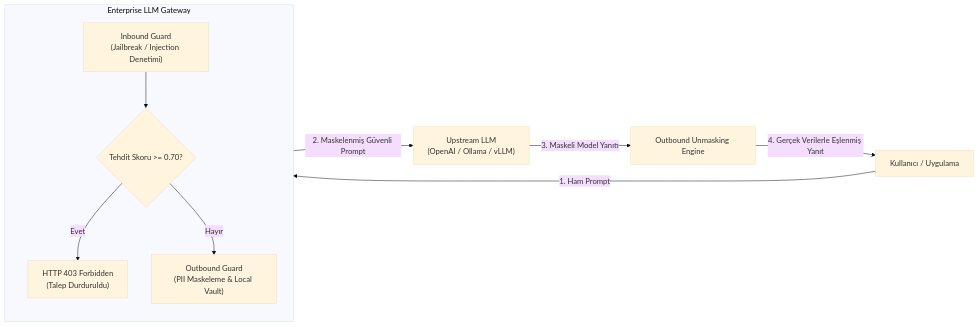
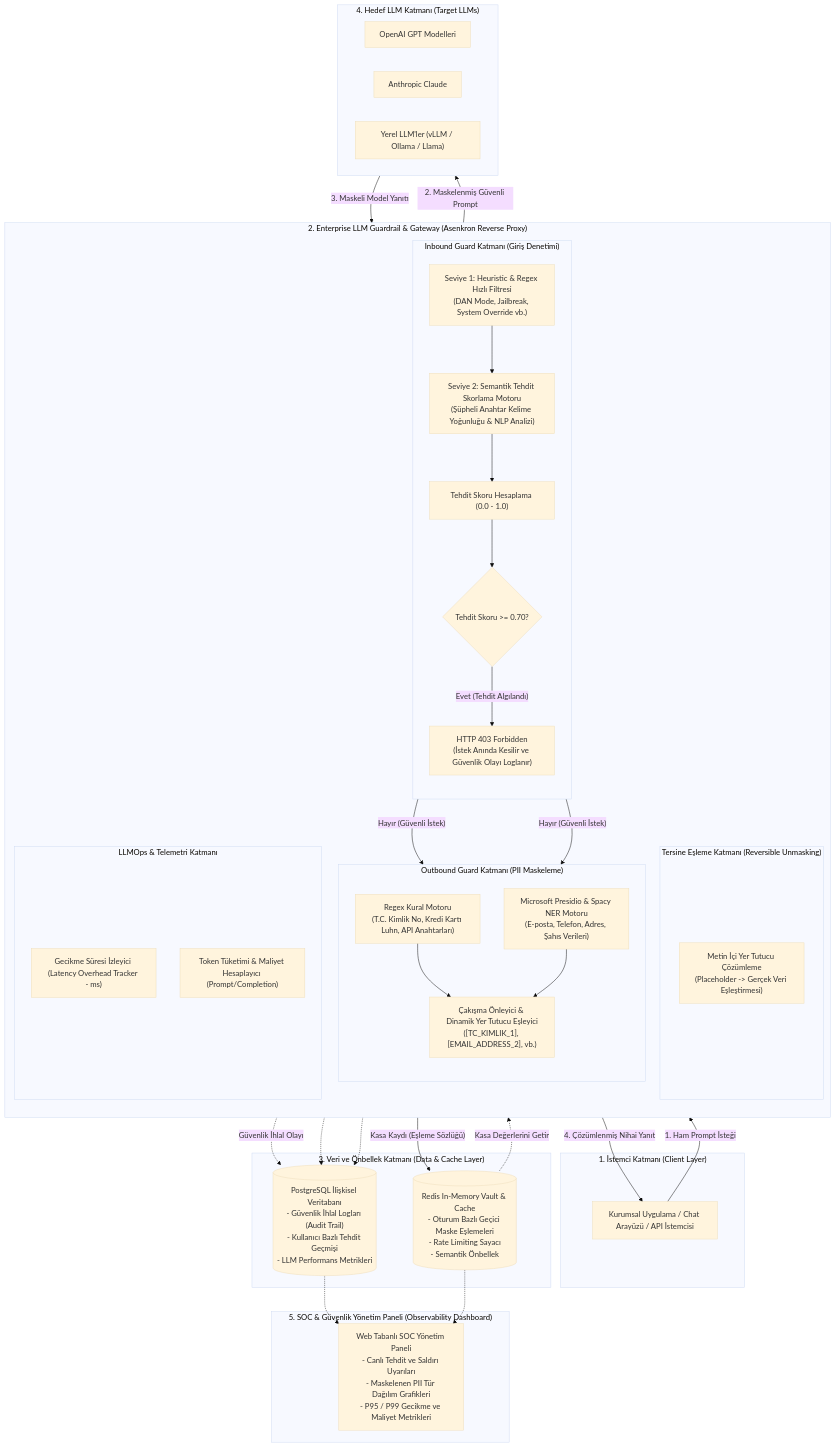
One commit to mehmeteminyilmaz/llm-firewall-gateway changed the diagram in README.md. Above: the diagram before and after it, drawn with Mermaid (base theme). The commit also changed other lines of this file, not shown here.

Commit message:
docs: expand system architecture diagram and component details

````diff
--- a/README.md
+++ b/README.md
@@ -30,20 +32,86 @@
 ```mermaid
-flowchart LR
-    Client["Kullanıcı / Uygulama"] -->|1. Ham Prompt| Gateway["Guardrail Proxy"]
-    
-    subgraph Gateway ["Enterprise LLM Gateway"]
+flowchart TB
+    %% İstemci Katmanı
+    subgraph ClientLayer ["1. İstemci Katmanı (Client Layer)"]
+        ClientApp["Kurumsal Uygulama / Chat Arayüzü / API İstemcisi"]
+    end
+
+    %% Enterprise Guardrail Gateway
+    subgraph Gateway ["2. Enterprise LLM Guardrail & Gateway (Asenkron Reverse Proxy)"]
         direction TB
-        Inbound["Inbound Guard<br/>(Jailbreak / Injection Denetimi)"]
-        Decision{"Tehdit Skoru >= 0.70?"}
-        Block["HTTP 403 Forbidden<br/>(Talep Durduruldu)"]
-        PII["Outbound Guard<br/>(PII Maskeleme & Local Vault)"]
-        
-        Inbound --> Decision
-        Decision -- Evet --> Block
-        Decision -- Hayır --> PII
+
+        %% Inbound Guard
+        subgraph InboundGuard ["Inbound Guard Katmanı (Giriş Denetimi)"]
+            direction TB
+            H_Filter["Seviye 1: Heuristic & Regex Hızlı Filtresi<br/>(DAN Mode, Jailbreak, System Override vb.)"]
+            S_Filter["Seviye 2: Semantik Tehdit Skorlama Motoru<br/>(Şüpheli Anahtar Kelime Yoğunluğu & NLP Analizi)"]
+            ScoreCalc["Tehdit Skoru Hesaplama (0.0 - 1.0)"]
+            Decision{"Tehdit Skoru >= 0.70?"}
+            BlockResp["HTTP 403 Forbidden<br/>(İstek Anında Kesilir ve Güvenlik Olayı Loglanır)"]
+            
+            H_Filter --> S_Filter
+            S_Filter --> ScoreCalc
+            ScoreCalc --> Decision
+            Decision -- "Evet (Tehdit Algılandı)" --> BlockResp
+        end
+
+        %% Outbound Guard (PII)
+        subgraph OutboundGuard ["Outbound Guard Katmanı (PII Maskeleme)"]
+            direction TB
+            PatternEngine["Regex Kural Motoru<br/>(T.C. Kimlik No, Kredi Kartı Luhn, API Anahtarları)"]
+            NEREngine["Microsoft Presidio & Spacy NER Motoru<br/>(E-posta, Telefon, Adres, Şahıs Verileri)"]
+            ConflictResolver["Çakışma Önleyici & Dinamik Yer Tutucu Eşleyici<br/>([TC_KIMLIK_1], [EMAIL_ADDRESS_2], vb.)"]
+            
+            PatternEngine --> ConflictResolver
+            NEREngine --> ConflictResolver
+        end
+
+        %% Unmasking Engine
+        subgraph UnmaskEngine ["Tersine Eşleme Katmanı (Reversible Unmasking)"]
+            RestoreLogic["Metin İçi Yer Tutucu Çözümleme<br/>(Placeholder -> Gerçek Veri Eşleştirmesi)"]
+        end
+
+        %% LLMOps Engine
+        subgraph LLMOpsCore ["LLMOps & Telemetri Katmanı"]
+            LatencyTracker["Gecikme Süresi İzleyici (Latency Overhead Tracker - ms)"]
+            TokenCounter["Token Tüketimi & Maliyet Hesaplayıcı (Prompt/Completion)"]
+        end
     end
-    
-    PII -->|2. Maskelenmiş Güvenli Prompt| LLM["Upstream LLM<br/>(OpenAI / Ollama / vLLM)"]
-    LLM -->|3. Maskeli Model Yanıtı| Unmask["Outbound Unmasking Engine"]
-    Unmask -->|4. Gerçek Verilerle Eşlenmiş Yanıt| Client
+
+    %% Veri ve Önbellek Katmanı
+    subgraph DataLayer ["3. Veri ve Önbellek Katmanı (Data & Cache Layer)"]
+        RedisVault[("Redis In-Memory Vault & Cache<br/>- Oturum Bazlı Geçici Maske Eşlemeleri<br/>- Rate Limiting Sayacı<br/>- Semantik Önbellek")]
+        PostgresDB[("PostgreSQL İlişkisel Veritabanı<br/>- Güvenlik İhlal Logları (Audit Trail)<br/>- Kullanıcı Bazlı Tehdit Geçmişi<br/>- LLM Performans Metrikleri")]
+    end
+
+    %% Upstream LLM Katmanı
+    subgraph UpstreamLLM ["4. Hedef LLM Katmanı (Target LLMs)"]
+        OpenAI["OpenAI GPT Modelleri"]
+        Anthropic["Anthropic Claude"]
+        LocalLLM["Yerel LLM'ler (vLLM / Ollama / Llama)"]
+    end
+
+    %% SOC & Dashboard Katmanı
+    subgraph SOCLayer ["5. SOC & Güvenlik Yönetim Paneli (Observability Dashboard)"]
+        Dashboard["Web Tabanlı SOC Yönetim Paneli<br/>- Canlı Tehdit ve Saldırı Uyarıları<br/>- Maskelenen PII Tür Dağılım Grafikleri<br/>- P95 / P99 Gecikme ve Maliyet Metrikleri"]
+    end
+
+    %% Akış Bağlantıları
+    ClientApp -->|"1. Ham Prompt İsteği"| H_Filter
+    Decision -- "Hayır (Güvenli İstek)" --> PatternEngine
+    Decision -- "Hayır (Güvenli İstek)" --> NEREngine
+
+    ConflictResolver -->|"Kasa Kaydı (Eşleme Sözlüğü)"| RedisVault
+    ConflictResolver -->|"2. Maskelenmiş Güvenli Prompt"| UpstreamLLM
+
+    UpstreamLLM -->|"3. Maskeli Model Yanıtı"| RestoreLogic
+    RedisVault -.->|"Kasa Değerlerini Getir"| RestoreLogic
+    RestoreLogic -->|"4. Çözümlenmiş Nihai Yanıt"| ClientApp
+
+    %% Telemetri ve Loglama Bağlantıları
+    BlockResp -.->|"Güvenlik İhlal Olayı"| PostgresDB
+    LatencyTracker -.-> PostgresDB
+    TokenCounter -.-> PostgresDB
+    PostgresDB -.-> Dashboard
+    RedisVault -.-> Dashboard
 ```
````
